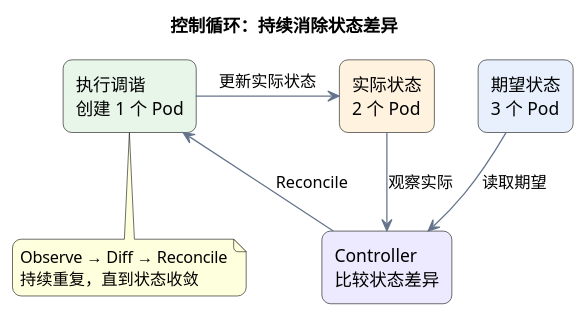
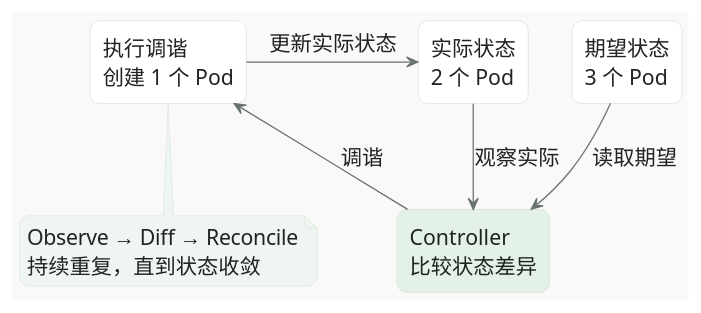
The second of 7 diagrams in src/content/posts/kubernetes-core-design-principles.md (i-zrhe2016/blog.zrhe2016.cc), drawn with PlantUML before and after one commit. The commit also changed other lines of this file, not shown here.

````diff
--- a/src/content/posts/kubernetes-core-design-principles.md
+++ b/src/content/posts/kubernetes-core-design-principles.md
@@ -48,22 +52,27 @@
 ```plantuml
 @startuml
-title 控制循环：持续消除状态差异
-skinparam backgroundColor white
+skinparam backgroundColor #F9F9F7
 skinparam shadowing false
-skinparam roundcorner 14
+skinparam roundcorner 16
 skinparam defaultFontName Microsoft YaHei
-skinparam ArrowColor #64748B
-rectangle "期望状态\n3 个 Pod" as Desired #E8F0FE
-rectangle "实际状态\n2 个 Pod" as Actual #FFF3E0
-rectangle "Controller\n比较状态差异" as Controller #EDE9FE
-rectangle "执行调谐\n创建 1 个 Pod" as Action #E8F5E9
+skinparam defaultFontSize 17
+skinparam defaultFontColor #202421
+skinparam ArrowColor #68736D
+skinparam rectangleBorderColor #D5DCD7
+skinparam rectangleBackgroundColor #FFFFFF
+skinparam noteBackgroundColor #EFF5F1
+skinparam noteBorderColor #D5E4DA
+rectangle "期望状态\n3 个 Pod" as Desired
+rectangle "实际状态\n2 个 Pod" as Actual
+rectangle "Controller\n比较状态差异" as Controller #E4F1E8
+rectangle "执行调谐\n创建 1 个 Pod" as Action
 Desired -down-> Controller : 读取期望
 Actual -down-> Controller : 观察实际
-Controller -down-> Action : Reconcile
+Controller -down-> Action : 调谐
 Action -right-> Actual : 更新实际状态
 note bottom of Action
   Observe → Diff → Reconcile
   持续重复，直到状态收敛
 end note
 @enduml
 ```
````
